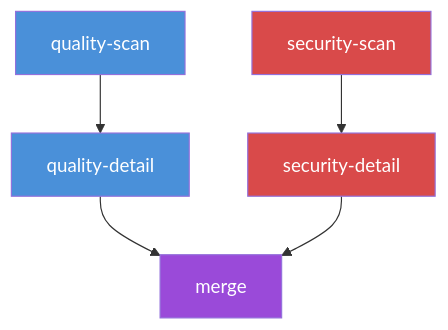
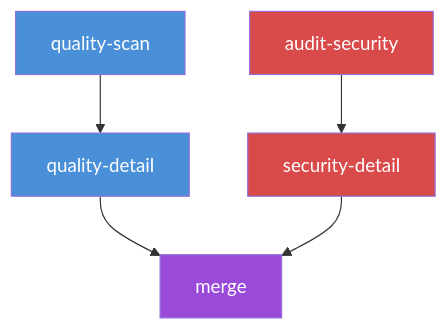
One commit to re-cinq/wave changed the second of 2 diagrams in docs/guides/pipeline-configuration.md. Above: the diagram before and after it, drawn with Mermaid. The commit also changed other lines of this file and 60 other files, not shown here.

````diff
--- a/docs/guides/pipeline-configuration.md
+++ b/docs/guides/pipeline-configuration.md
@@ -482,13 +482,13 @@
 ```mermaid
 flowchart TD
   qs[quality-scan] --> qd[quality-detail]
-  ss[security-scan] --> sd[security-detail]
+  ss[audit-security] --> sd[security-detail]
   qd --> merge
   sd --> merge
 
   style qs fill:#4a90d9,color:#fff
   style qd fill:#4a90d9,color:#fff
   style ss fill:#d94a4a,color:#fff
   style sd fill:#d94a4a,color:#fff
   style merge fill:#9a4ad9,color:#fff
 ```
````
